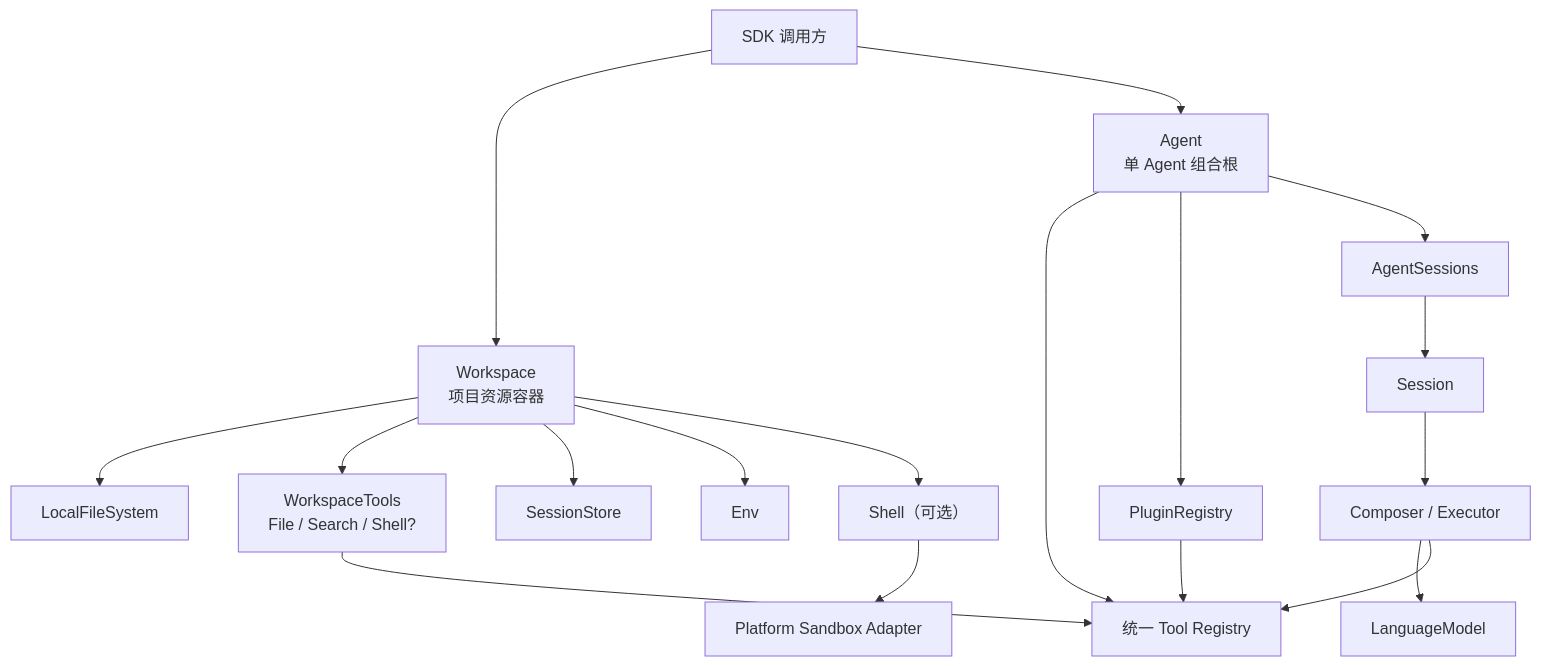
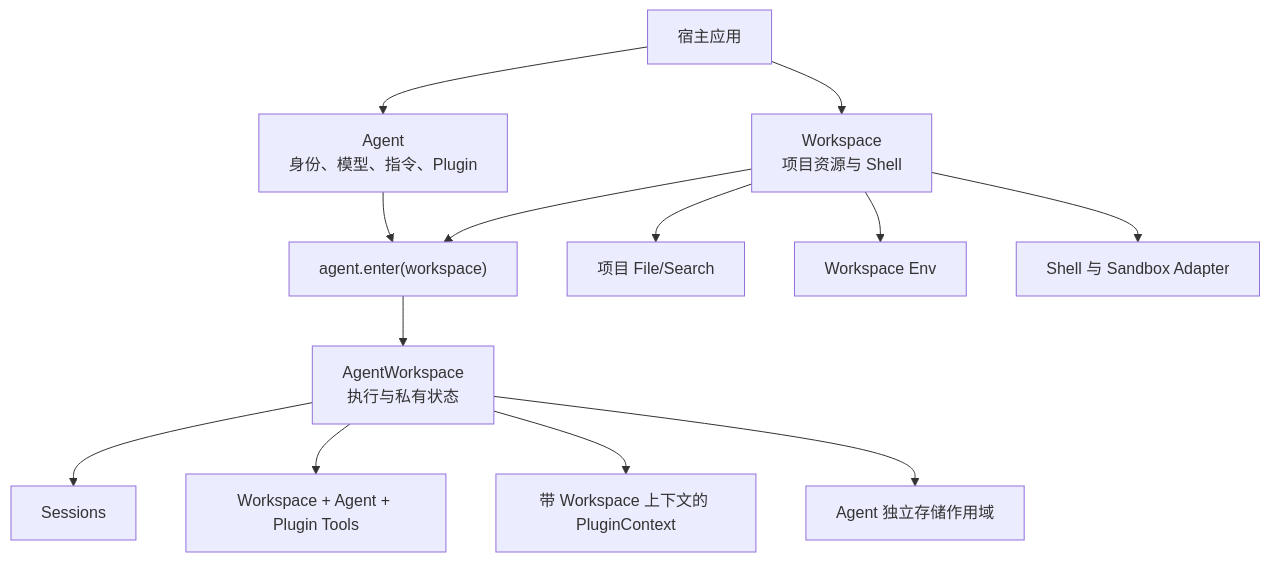
One commit to genesiscosmos/downcity changed the first of 2 diagrams in homepage/content/docs/zh/agent/sdk-architecture.mdx. Above: the diagram before and after it, drawn with Mermaid. The commit also changed other lines of this file and 322 other files, not shown here.

Commit message:
refactor(workspace): extract workspace and shell runtime

````diff
--- a/homepage/content/docs/zh/agent/sdk-architecture.mdx
+++ b/homepage/content/docs/zh/agent/sdk-architecture.mdx
@@ -25,23 +24,15 @@
 ```mermaid
 flowchart TD
-    App["SDK 调用方"] --> Workspace["Workspace<br/>项目资源容器"]
-    App --> Agent["Agent<br/>单 Agent 组合根"]
-
-    Workspace --> Files["LocalFileSystem"]
-    Workspace --> WorkspaceTools["WorkspaceTools<br/>File / Search / Shell?"]
-    Workspace --> Store["SessionStore"]
-    Workspace --> Env["Env"]
-    Workspace --> Shell["Shell（可选）"]
-    Shell --> Sandbox["Platform Sandbox Adapter"]
-
-    Agent --> Tools["统一 Tool Registry"]
-    Agent --> Plugins["PluginRegistry"]
-    Agent --> Sessions["AgentSessions"]
-    Sessions --> Session["Session"]
-    Session --> Executor["Composer / Executor"]
-    Executor --> Model["LanguageModel"]
-    Executor --> Tools
-
-    WorkspaceTools --> Tools
-    Plugins --> Tools
+    Host["宿主应用"] --> Agent["Agent<br/>身份、模型、指令、Plugin"]
+    Host --> Workspace["Workspace<br/>项目资源与 Shell"]
+    Agent --> Enter["agent.enter(workspace)"]
+    Workspace --> Enter
+    Enter --> AgentWorkspace["AgentWorkspace<br/>执行与私有状态"]
+    AgentWorkspace --> Sessions["Sessions"]
+    AgentWorkspace --> Tools["Workspace + Agent + Plugin Tools"]
+    AgentWorkspace --> Context["带 Workspace 上下文的 PluginContext"]
+    AgentWorkspace --> Storage["Agent 独立存储作用域"]
+    Workspace --> Files["项目 File/Search"]
+    Workspace --> Env["Workspace Env"]
+    Workspace --> Shell["Shell 与 Sandbox Adapter"]
 ```
````
